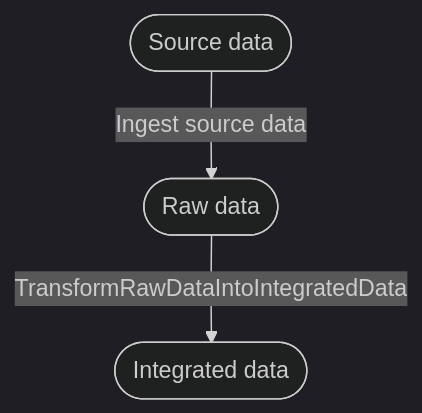
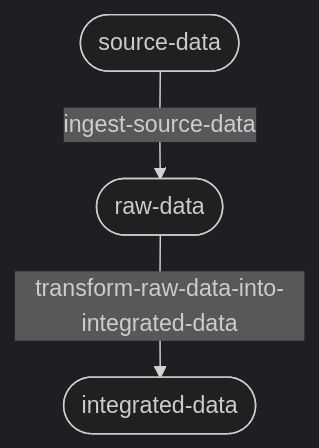
One commit to basvdberg/data-engineering-design-patterns changed the diagram in definitions/data-engineering.md. Above: the diagram before and after it, drawn with Mermaid (dark theme). The commit also changed other lines of this file and 1 other file, not shown here.

Commit message:
Update BI diagram and applications, apply kebab-case to data engineering diagram

````diff
--- a/definitions/data-engineering.md
+++ b/definitions/data-engineering.md
@@ -5,5 +5,5 @@
 ```mermaid
 flowchart TB
-    SD([Source data]) -->|Ingest source data| RD([Raw data])
-    RD([Raw data]) -->|TransformRawDataIntoIntegratedData| ID([Integrated data])
+    source-data([source-data]) -->|ingest-source-data| raw-data([raw-data])
+    raw-data([raw-data]) -->|transform-raw-data-into-integrated-data| integrated-data([integrated-data])
 ```
````
